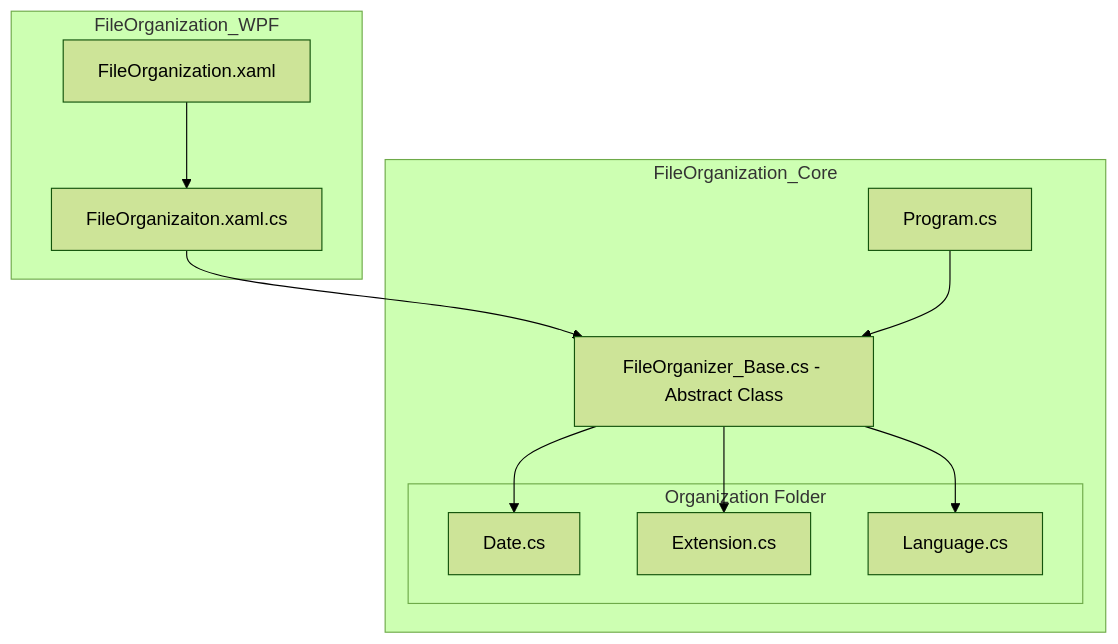
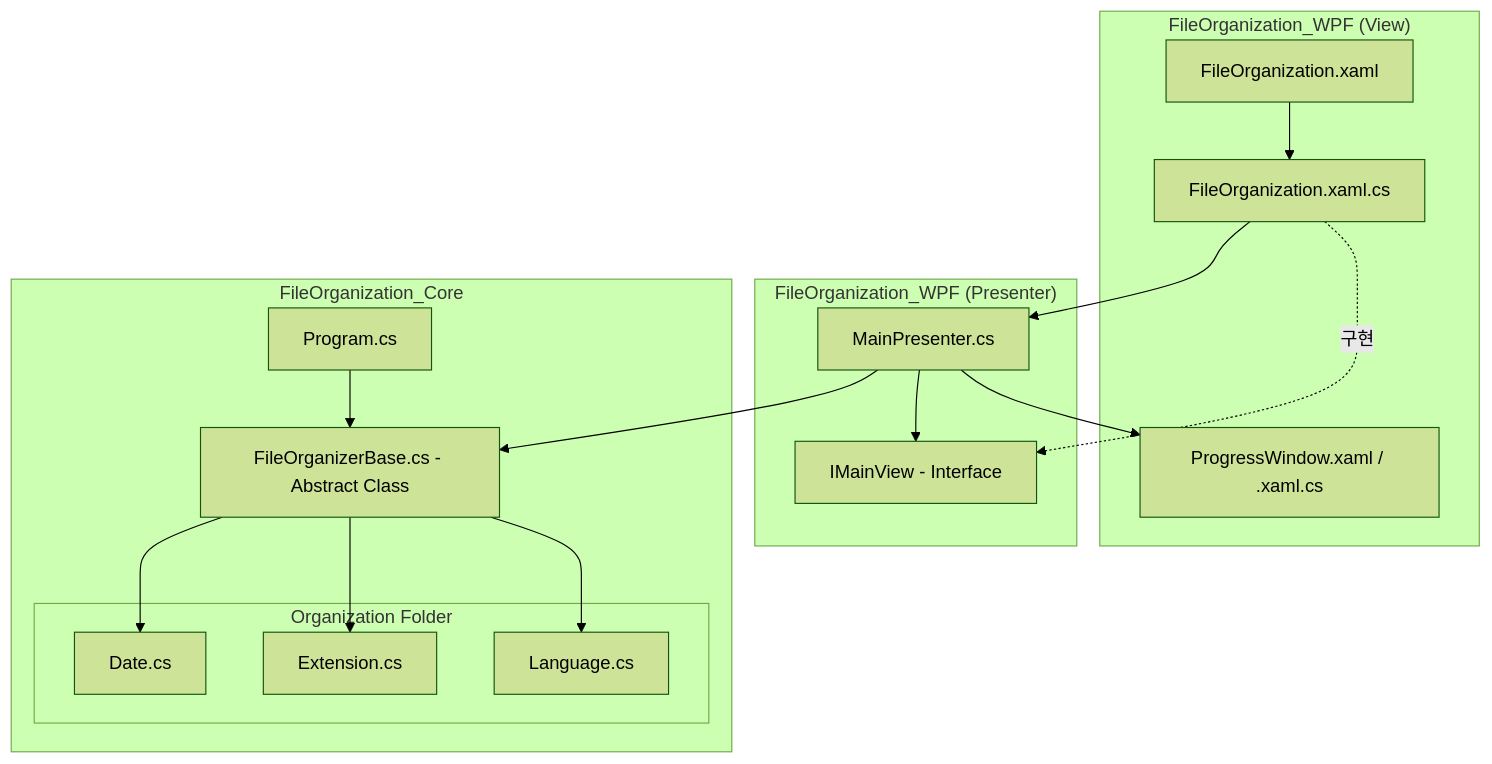
The diagram in README.md (YGY515/Automatic-File-Organization), drawn with Mermaid (forest theme) before and after one commit. The commit also changed other lines of this file, not shown here.

Commit message:
File-Organizer v2.0 리드미 수정

````diff
--- a/README.md
+++ b/README.md
@@ -29,27 +45,37 @@
 ```mermaid
 graph TD
-    subgraph "FileOrganization_WPF"
+    subgraph "FileOrganization_WPF (View)"
         XAML[FileOrganization.xaml]
-        CS[FileOrganizaiton.xaml.cs]
+        CS[FileOrganization.xaml.cs]
+        PW[ProgressWindow.xaml / .xaml.cs]
+    end
+
+    subgraph "FileOrganization_WPF (Presenter)"
+        IView[IMainView - Interface]
+        Presenter[MainPresenter.cs]
     end
 
     subgraph "FileOrganization_Core"
         Prog[Program.cs]
-        Base[FileOrganizer_Base.cs - Abstract Class]
-        
+        Base[FileOrganizerBase.cs - Abstract Class]
+
         subgraph "Organization Folder"
             Date[Date.cs]
             Ext[Extension.cs]
             Lang[Language.cs]
         end
     end
 
     XAML --> CS
-    CS --> Base
+    CS -.구현.-> IView
+    CS --> Presenter
+    Presenter --> PW
+    Presenter --> IView
+    Presenter --> Base
 
     Prog --> Base
 
     Base --> Date
     Base --> Ext
     Base --> Lang
 ```
````
